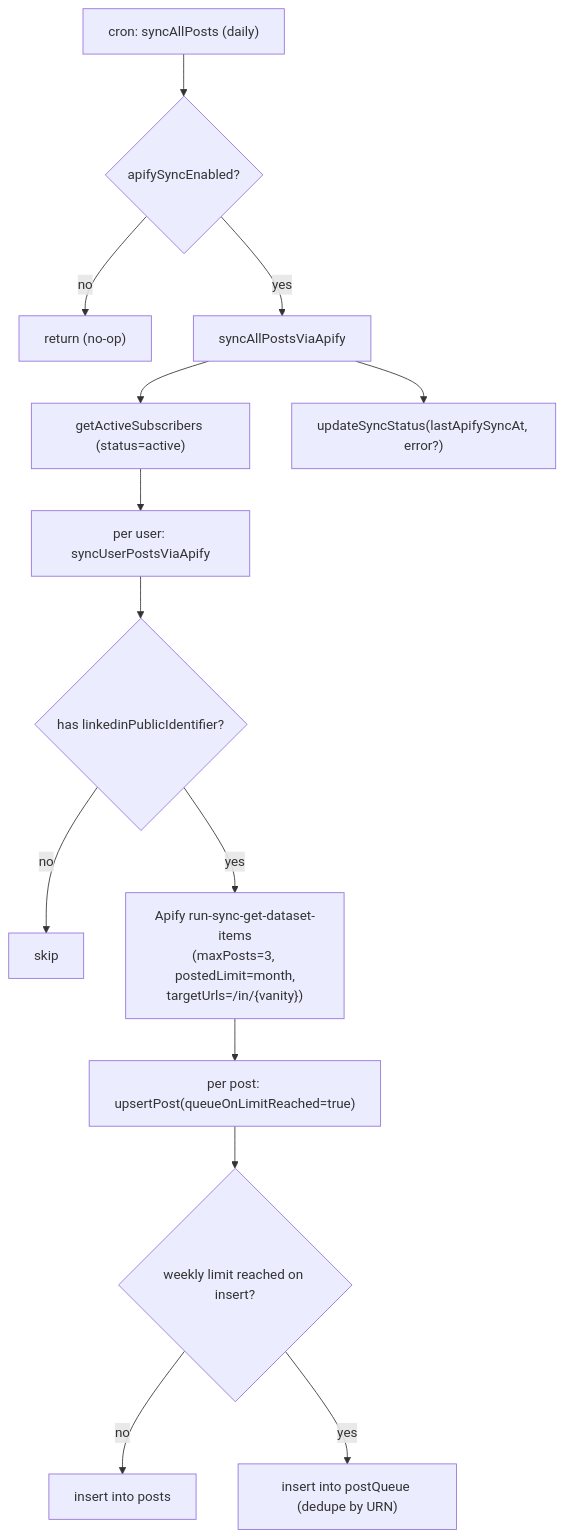
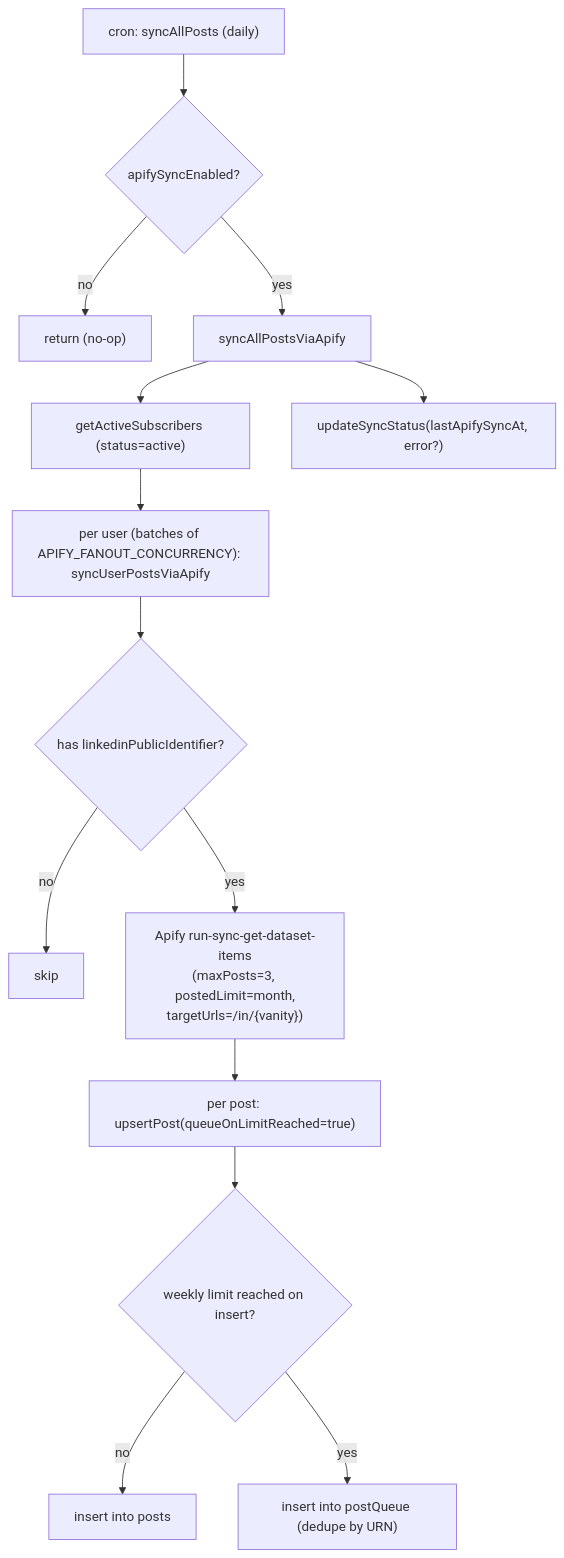
The eighth of 22 diagrams in docs/PLATFORM.md (henriko202/glowing-octo-guide), drawn with Mermaid before and after one commit. The commit also changed other lines of this file and 48 other files, not shown here.

First line of the commit message:
feat(ratelimit): integrate `@convex-dev/rate-limiter` for atomic per-user limits

````diff
--- a/docs/PLATFORM.md
+++ b/docs/PLATFORM.md
@@ -1289,16 +1300,16 @@
 ```mermaid
 flowchart TD
     CRON["cron: syncAllPosts (daily)"] --> EN{"apifySyncEnabled?"}
     EN -->|no| STOP["return (no-op)"]
     EN -->|yes| FAN["syncAllPostsViaApify"]
     FAN --> SUBS["getActiveSubscribers (status=active)"]
-    SUBS --> EACH["per user: syncUserPostsViaApify"]
+    SUBS --> EACH["per user (batches of APIFY_FANOUT_CONCURRENCY): syncUserPostsViaApify"]
     EACH --> PID{"has linkedinPublicIdentifier?"}
     PID -->|no| SKIP["skip"]
     PID -->|yes| API["Apify run-sync-get-dataset-items<br/>(maxPosts=3, postedLimit=month,<br/>targetUrls=/in/{vanity})"]
     API --> UPS["per post: upsertPost(queueOnLimitReached=true)"]
     UPS --> LIM{"weekly limit reached on insert?"}
     LIM -->|no| INS["insert into posts"]
     LIM -->|yes| Q["insert into postQueue (dedupe by URN)"]
     FAN --> ST["updateSyncStatus(lastApifySyncAt, error?)"]
 ```
````
